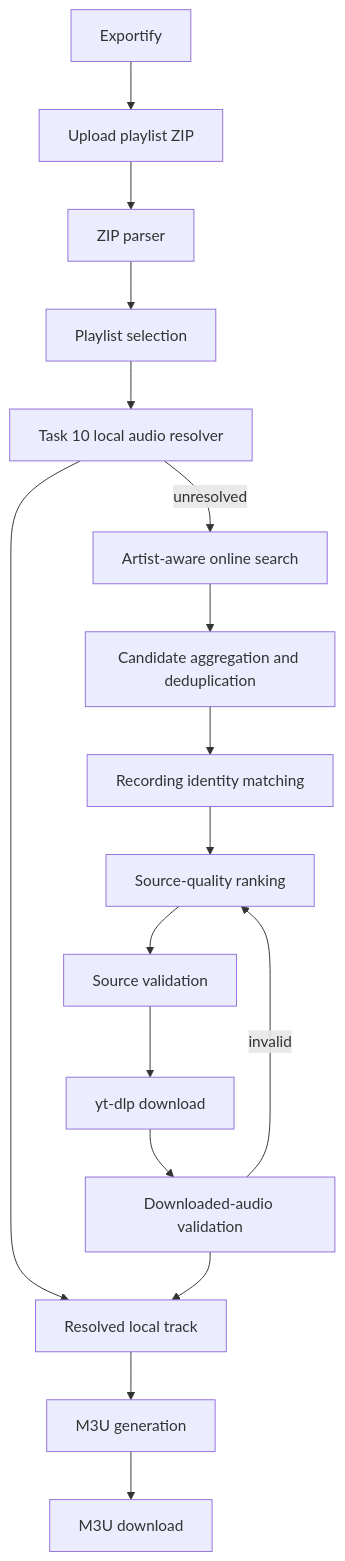
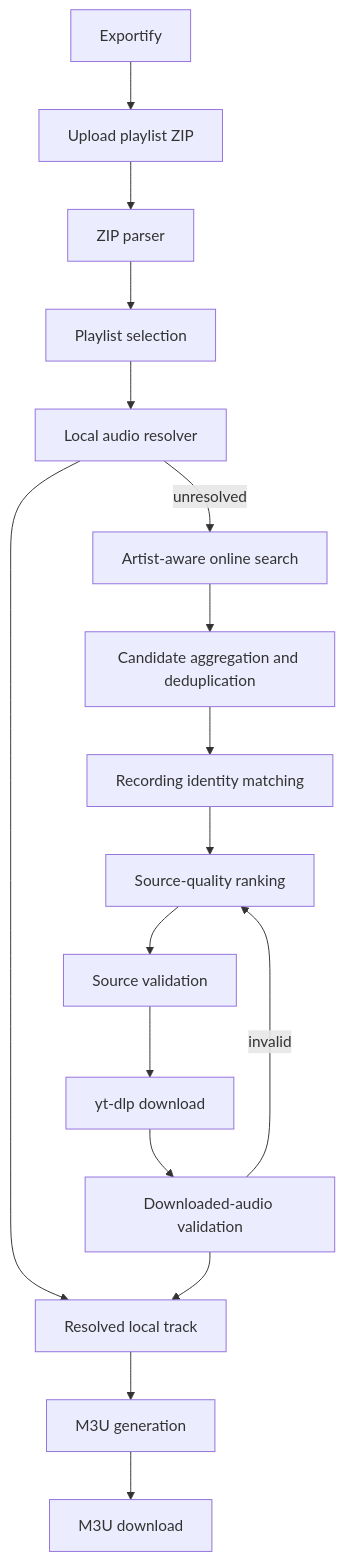
Before and after one commit to p55d2k/spotm3u: the diagram in README.md, drawn with Mermaid. The commit also changed other lines of this file and 7 other files, not shown here.

````diff
--- a/README.md
+++ b/README.md
@@ -286,19 +286,19 @@
 ```mermaid
 flowchart TD
     A[Exportify] --> B[Upload playlist ZIP]
     B --> C[ZIP parser]
     C --> D[Playlist selection]
-    D --> E[Task 10 local audio resolver]
+    D --> E[Local audio resolver]
     E -->|unresolved| F[Artist-aware online search]
     F --> G[Candidate aggregation and deduplication]
     G --> H[Recording identity matching]
     H --> I[Source-quality ranking]
     I --> J[Source validation]
     J --> K[yt-dlp download]
     K --> L[Downloaded-audio validation]
     L -->|invalid| I
     E --> M[Resolved local track]
     L --> M
     M --> N[M3U generation]
     N --> O[M3U download]
 ```
````
